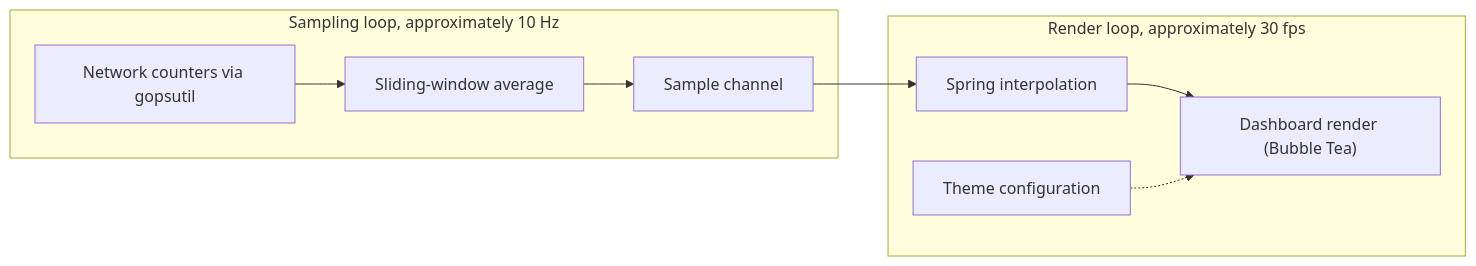
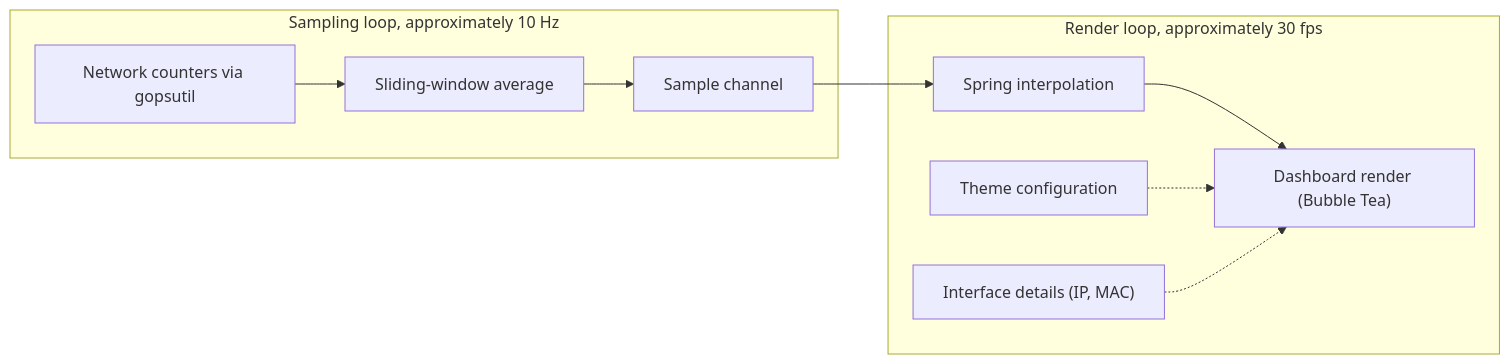
One commit to programmersd21/flow changed the third of 3 diagrams in README.md. Above: the diagram before and after it, drawn with Mermaid. The commit also changed other lines of this file and 18 other files, not shown here.

````diff
--- a/README.md
+++ b/README.md
@@ -272,13 +275,14 @@
 ```mermaid
 flowchart LR
     subgraph Sampling["Sampling loop, approximately 10 Hz"]
         OS["Network counters via gopsutil"] --> SlidingWindow["Sliding-window average"]
         SlidingWindow --> Channel["Sample channel"]
     end
 
     subgraph Rendering["Render loop, approximately 30 fps"]
         Channel --> Spring["Spring interpolation"]
         Spring --> Display["Dashboard render (Bubble Tea)"]
         Theme["Theme configuration"] -.-> Display
+        InterfaceInfo["Interface details (IP, MAC)"] -.-> Display
     end
 ```
````
